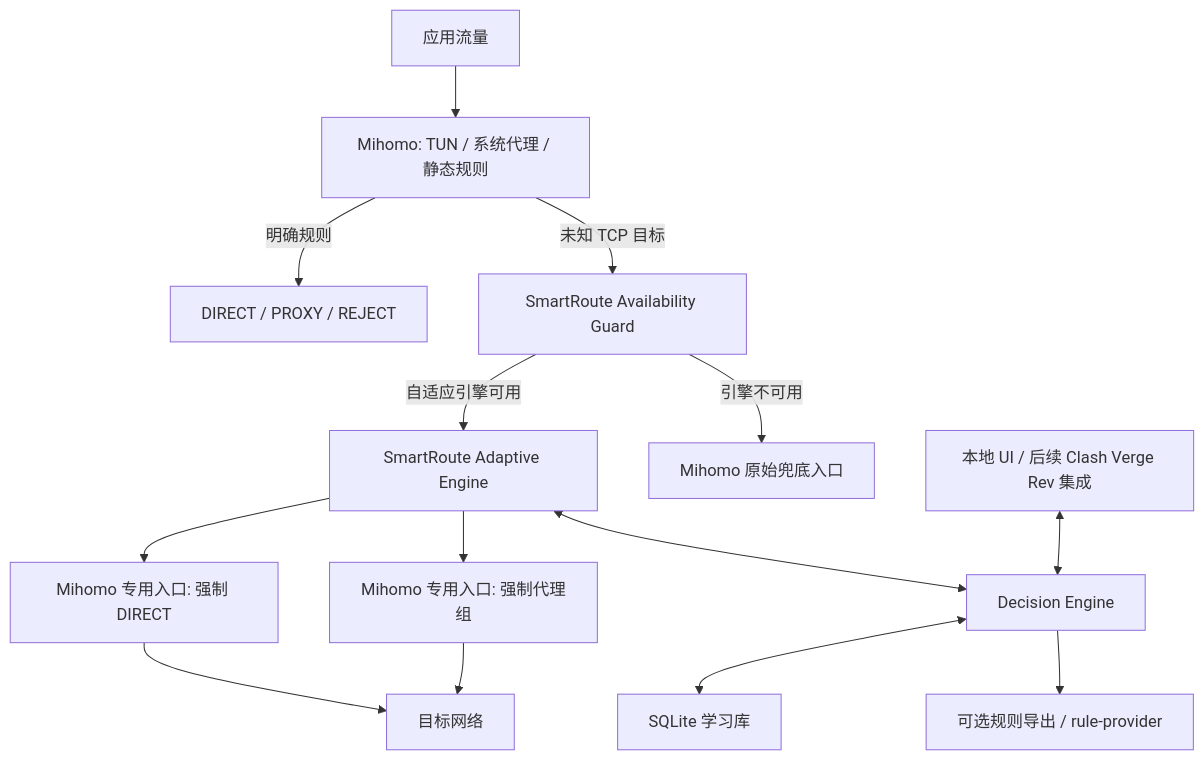
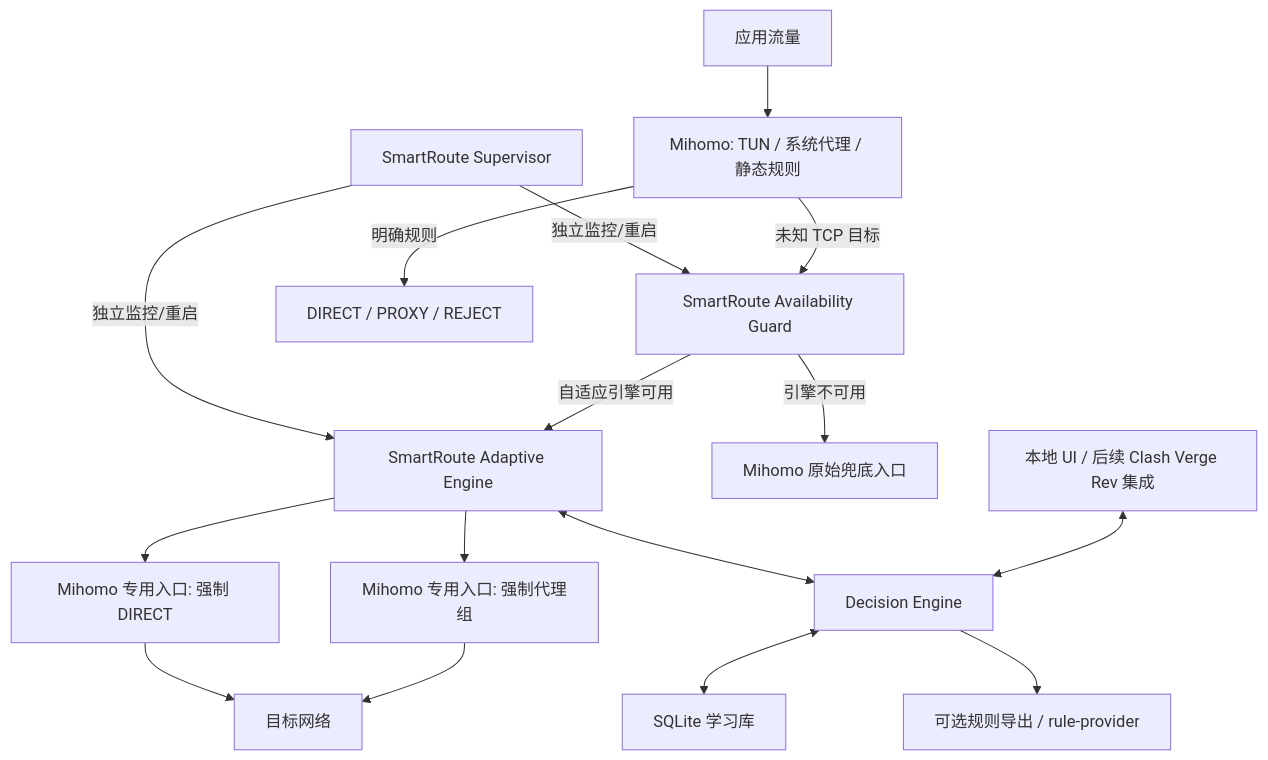
The first of 4 diagrams in docs/02-technical-design.md (firfisa/smartroute), drawn with Mermaid before and after one commit. The commit also changed other lines of this file and 15 other files, not shown here.

````diff
--- a/docs/02-technical-design.md
+++ b/docs/02-technical-design.md
@@ -28,16 +28,18 @@
 ```mermaid
 flowchart TB
+    Sup["SmartRoute Supervisor"] -->|"独立监控/重启"| G
+    Sup -->|"独立监控/重启"| S
     App["应用流量"] --> M["Mihomo: TUN / 系统代理 / 静态规则"]
     M -->|"明确规则"| Fixed["DIRECT / PROXY / REJECT"]
     M -->|"未知 TCP 目标"| G["SmartRoute Availability Guard"]
     G -->|"自适应引擎可用"| S["SmartRoute Adaptive Engine"]
     G -->|"引擎不可用"| O["Mihomo 原始兜底入口"]
     S --> D["Mihomo 专用入口: 强制 DIRECT"]
     S --> P["Mihomo 专用入口: 强制代理组"]
     D --> Net["目标网络"]
     P --> Net
     S <--> E["Decision Engine"]
     E <--> DB["SQLite 学习库"]
     UI["本地 UI / 后续 Clash Verge Rev 集成"] <--> E
     E --> Export["可选规则导出 / rule-provider"]
 ```
````
